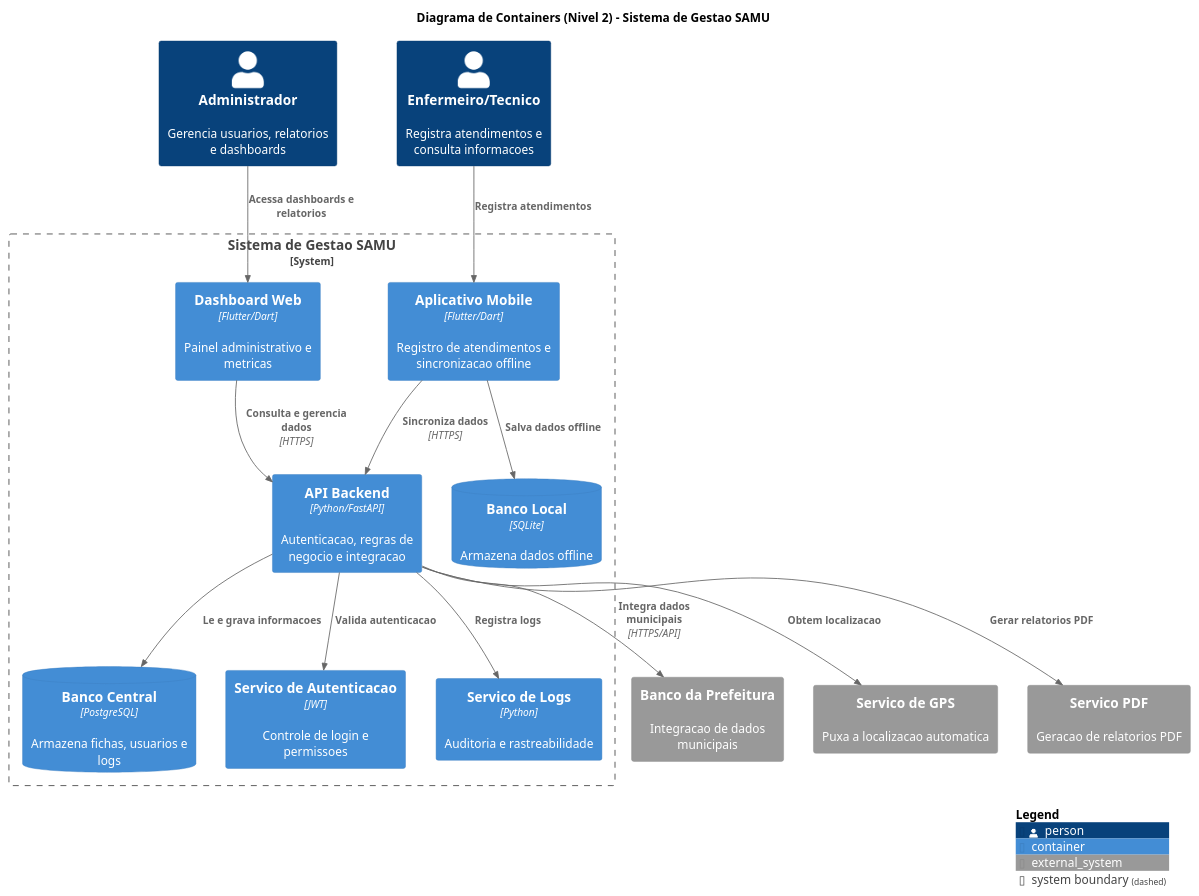
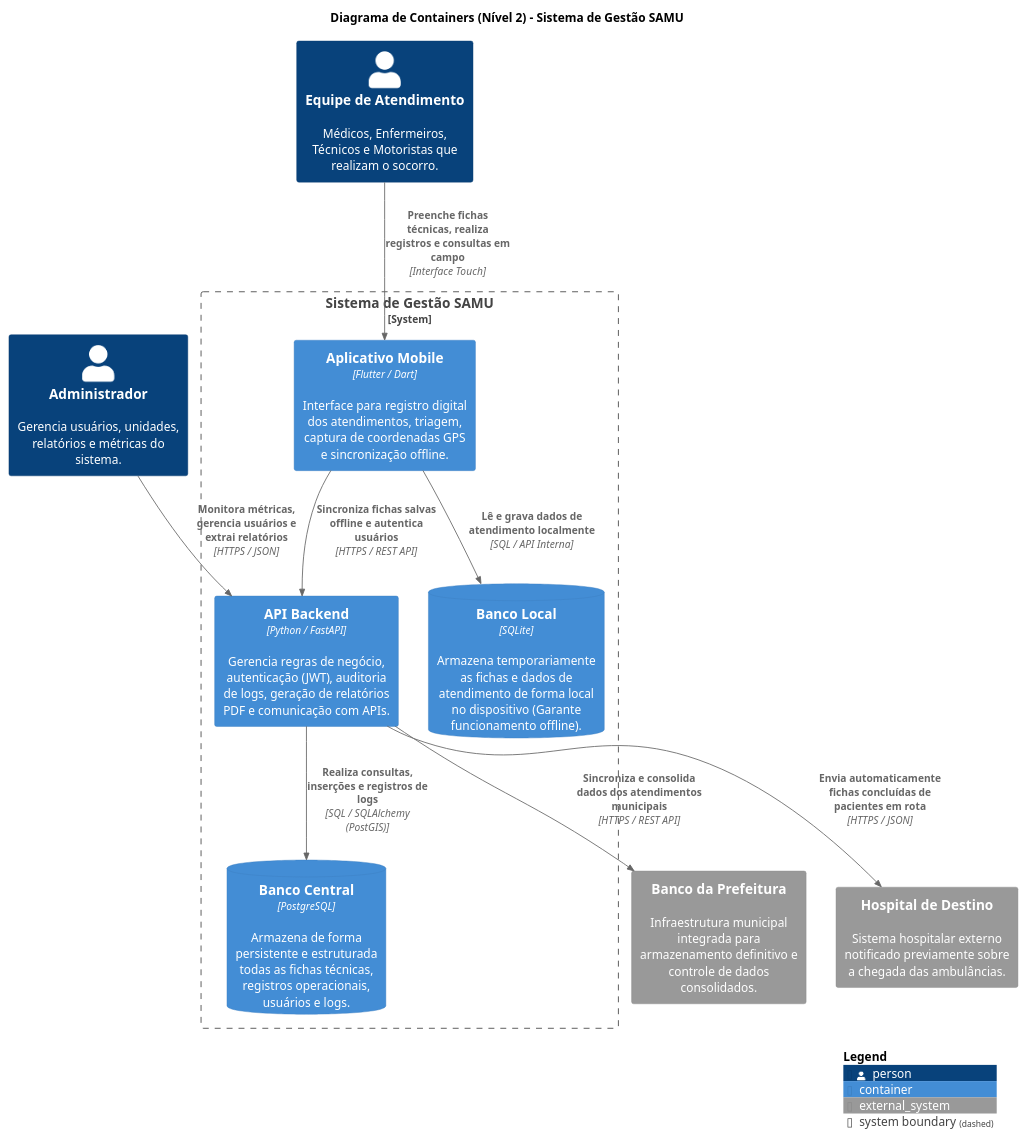
One commit to Madu3304/Software_brava changed the diagram in ModeloC4/nivel2.puml. Above: the diagram before and after it, drawn with PlantUML. The commit also changed 3 other files, not shown here.

```diff
--- a/ModeloC4/nivel2.puml
+++ b/ModeloC4/nivel2.puml
@@ -1,61 +1,56 @@
 @startuml c4Nivel2
 
 !include https://raw.githubusercontent.com/RicardoNiepel/C4-PlantUML/master/C4_Container.puml
 
-LAYOUT_WITH_LEGEND()
+title Diagrama de Containers (Nível 2) - Sistema de Gestão SAMU
 
-title Diagrama de Containers (Nivel 2) - Sistema de Gestao SAMU
+' =========================
+' Pessoas
+' =========================
+Person(admin, "Administrador", "Gerencia usuários, unidades, relatórios e métricas do sistema.")
+Person(equipe_samu, "Equipe de Atendimento", "Médicos, Enfermeiros, Técnicos e Motoristas que realizam o socorro.")
 
-Person(admin, "Administrador", "Gerencia usuarios, relatorios e dashboards")
+' =========================
+' Limite do Sistema SAMU
+' =========================
+System_Boundary(sistema, "Sistema de Gestão SAMU") {
 
-Person(enfermeiro, "Enfermeiro/Tecnico", "Registra atendimentos e consulta informacoes")
+    Container(app, "Aplicativo Mobile", "Flutter / Dart", "Interface para registro digital dos atendimentos, triagem, captura de coordenadas GPS e sincronização offline.")
 
-System_Boundary(sistema, "Sistema de Gestao SAMU") {
+    ContainerDb(localdb, "Banco Local", "SQLite", "Armazena temporariamente as fichas e dados de atendimento de forma local no dispositivo (Garante funcionamento offline).")
 
-    Container(web, "Dashboard Web", "Flutter/Dart", "Painel administrativo e metricas")
+    Container(api, "API Backend", "Python / FastAPI", "Gerencia regras de negócio, autenticação (JWT), auditoria de logs, geração de relatórios PDF e comunicação com APIs.")
 
-    Container(app, "Aplicativo Mobile", "Flutter/Dart", "Registro de atendimentos e sincronizacao offline")
-
-    Container(api, "API Backend", "Python/FastAPI", "Autenticacao, regras de negocio e integracao")
-
-    ContainerDb(localdb, "Banco Local", "SQLite", "Armazena dados offline")
-
-    ContainerDb(postgres, "Banco Central", "PostgreSQL", "Armazena fichas, usuarios e logs")
-
-    Container(auth, "Servico de Autenticacao", "JWT", "Controle de login e permissoes")
-
-    Container(logs, "Servico de Logs", "Python", "Auditoria e rastreabilidade")
-
+    ContainerDb(postgres, "Banco Central", "PostgreSQL", "Armazena de forma persistente e estruturada todas as fichas técnicas, registros operacionais, usuários e logs.")
 }
 
-System_Ext(prefeitura, "Banco da Prefeitura", "Integracao de dados municipais")
+' =========================
+' Sistemas Externos
+' =========================
+System_Ext(prefeitura, "Banco da Prefeitura", "Infraestrutura municipal integrada para armazenamento definitivo e controle de dados consolidados.")
+System_Ext(hospital, "Hospital de Destino", "Sistema hospitalar externo notificado previamente sobre a chegada das ambulâncias.")
 
-System_Ext(gps, "Servico de GPS", "Puxa a localizacao automatica")
+' =========================
+' Relacionamentos
+' =========================
 
-System_Ext(pdf, "Servico PDF", "Geracao de relatorios PDF")
+' Interações dos Usuários
+Rel(admin, api, "Monitora métricas, gerencia usuários e extrai relatórios", "HTTPS / JSON")
+Rel(equipe_samu, app, "Preenche fichas técnicas, realiza registros e consultas em campo", "Interface Touch")
 
-Rel(admin, web, "Acessa dashboards e relatorios")
+' Comunicação Interna (Mobile)
+Rel(app, localdb, "Lê e grava dados de atendimento localmente", "SQL / API Interna")
+Rel(app, api, "Sincroniza fichas salvas offline e autentica usuários", "HTTPS / REST API")
 
-Rel(enfermeiro, app, "Registra atendimentos")
+' Comunicação Interna (Backend)
+Rel(api, postgres, "Realiza consultas, inserções e registros de logs", "SQL / SQLAlchemy (PostGIS)")
 
-Rel(web, api, "Consulta e gerencia dados", "HTTPS")
+' Integrações Externas
+Rel(api, prefeitura, "Sincroniza e consolida dados dos atendimentos municipais", "HTTPS / REST API")
+Rel(api, hospital, "Envia automaticamente fichas concluídas de pacientes em rota", "HTTPS / JSON")
 
-Rel(app, api, "Sincroniza dados", "HTTPS")
-
-Rel(app, localdb, "Salva dados offline")
-
-Rel(api, postgres, "Le e grava informacoes")
-
-Rel(api, auth, "Valida autenticacao")
-
-Rel(api, logs, "Registra logs")
-
-Rel(api, prefeitura, "Integra dados municipais", "HTTPS/API")
-
-Rel(api, gps, "Obtem localizacao")
-
-Rel(api, pdf, "Gerar relatorios PDF")
-
+' =========================
+' Configuração de Legenda
+' =========================
 SHOW_LEGEND()
-
 @enduml
```
